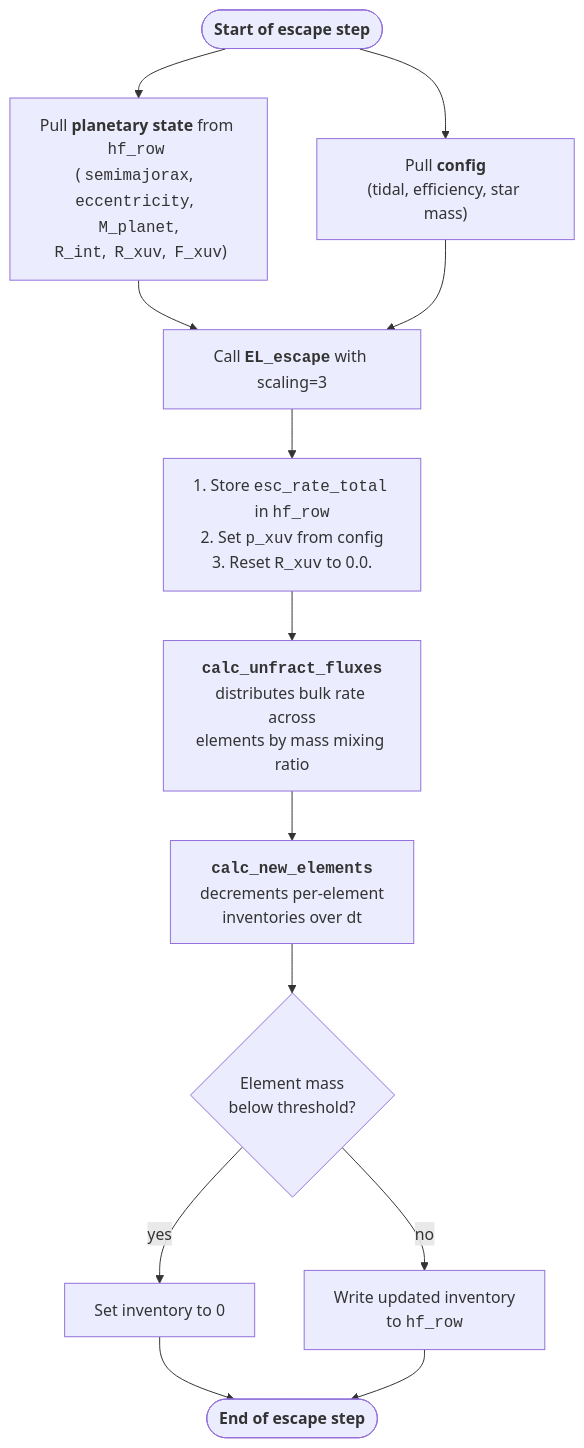
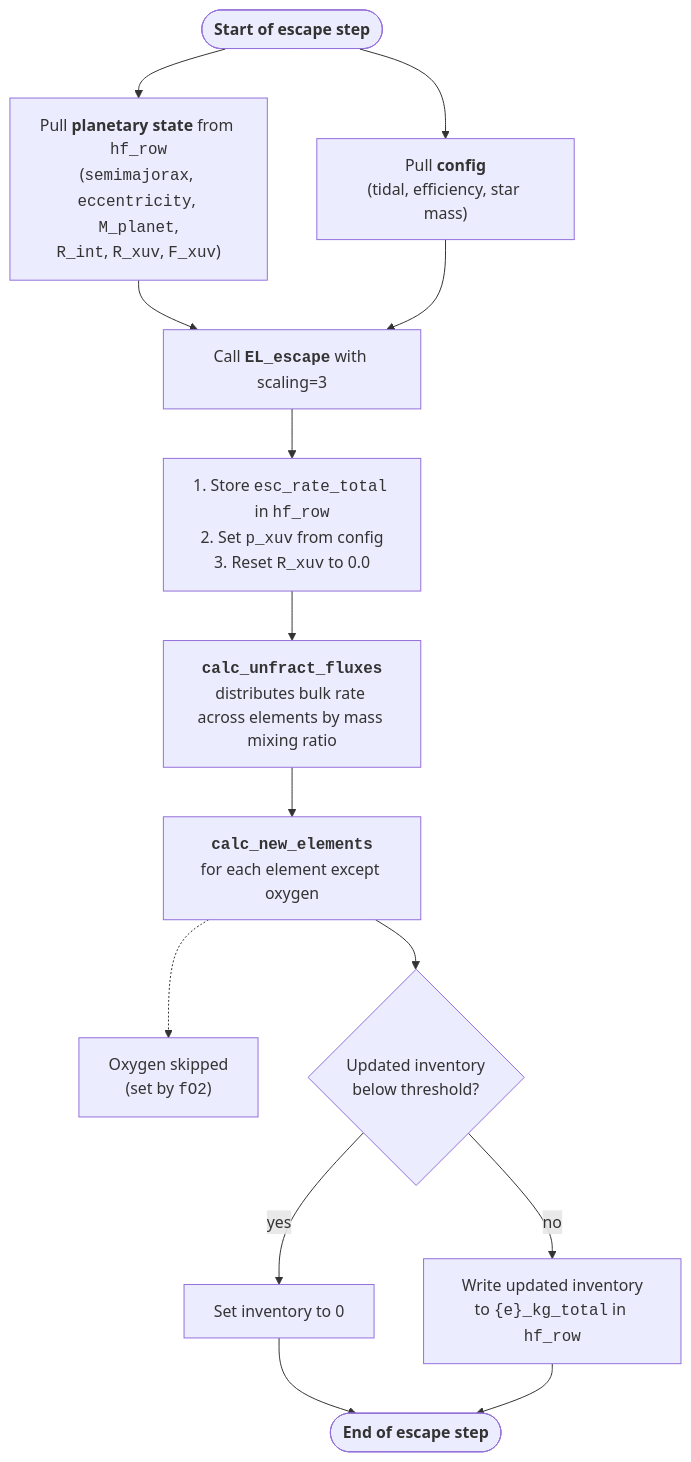
The diagram in docs/Explanations/proteus.md (FormingWorlds/ZEPHYRUS), drawn with Mermaid before and after one commit. The commit also changed other lines of this file, not shown here.

Commit message:
update flowchart

````diff
--- a/docs/Explanations/proteus.md
+++ b/docs/Explanations/proteus.md
@@ -52,35 +52,38 @@
 ```mermaid
 flowchart TD
     Start([<b>Start of escape step</b>])
 
-    Pull1["Pull <b>planetary state</b> from  <code>hf_row </code><br/>( <code>semimajorax</code>,  <code>eccentricity</code>,  <code>M_planet</code>,<br/> <code>R_int</code>,  <code>R_xuv</code>,  <code>F_xuv</code>)"]
+    Pull1["Pull <b>planetary state</b> from <code>hf_row</code><br/>(<code>semimajorax</code>, <code>eccentricity</code>, <code>M_planet</code>,<br/><code>R_int</code>, <code>R_xuv</code>, <code>F_xuv</code>)"]
     Pull2["Pull <b>config</b><br/>(tidal, efficiency, star mass)"]
 
     Call["Call <b><code>EL_escape</code></b> with scaling=3"]
 
-    Store["1. Store <code>esc_rate_total</code> in <code>hf_row</code><br/>2. Set <code>p_xuv</code> from config<br/>3. Reset <code>R_xuv</code> to 0.0."]
+    Store["1. Store <code>esc_rate_total</code> in <code>hf_row</code><br/>2. Set <code>p_xuv</code> from config<br/>3. Reset <code>R_xuv</code> to 0.0"]
 
-    Distribute["<b><code>calc_unfract_fluxes</code></b><br/>distributes bulk rate across<br/>elements by mass mixing ratio"]
+    Distribute["<b><code>calc_unfract_fluxes</code></b><br/>distributes bulk rate across elements by mass mixing ratio"]
 
-    Integrate["<b><code>calc_new_elements</code></b><br/>decrements per-element<br/>inventories over dt"]
+    Integrate["<b><code>calc_new_elements</code></b><br/>for each element except oxygen"]
 
-    Threshold{"Element mass<br/>below threshold?"}
+    SkipO["Oxygen skipped<br/>(set by <code>fO2</code>)"]
+
+    Threshold{"Updated inventory<br/>below threshold?"}
 
     Zero["Set inventory to 0"]
-    Keep["Write updated inventory<br/>to <code>hf_row</code>"]
+    Keep["Write updated inventory<br/>to <code>{e}_kg_total</code> in <code>hf_row</code>"]
 
     Done([<b>End of escape step</b>])
 
     Start --> Pull1
     Start --> Pull2
     Pull1 --> Call
     Pull2 --> Call
     Call --> Store
     Store --> Distribute
     Distribute --> Integrate
+    Integrate -.-> SkipO
     Integrate --> Threshold
     Threshold -->|yes| Zero
     Threshold -->|no| Keep
     Zero --> Done
     Keep --> Done
 ```
````
